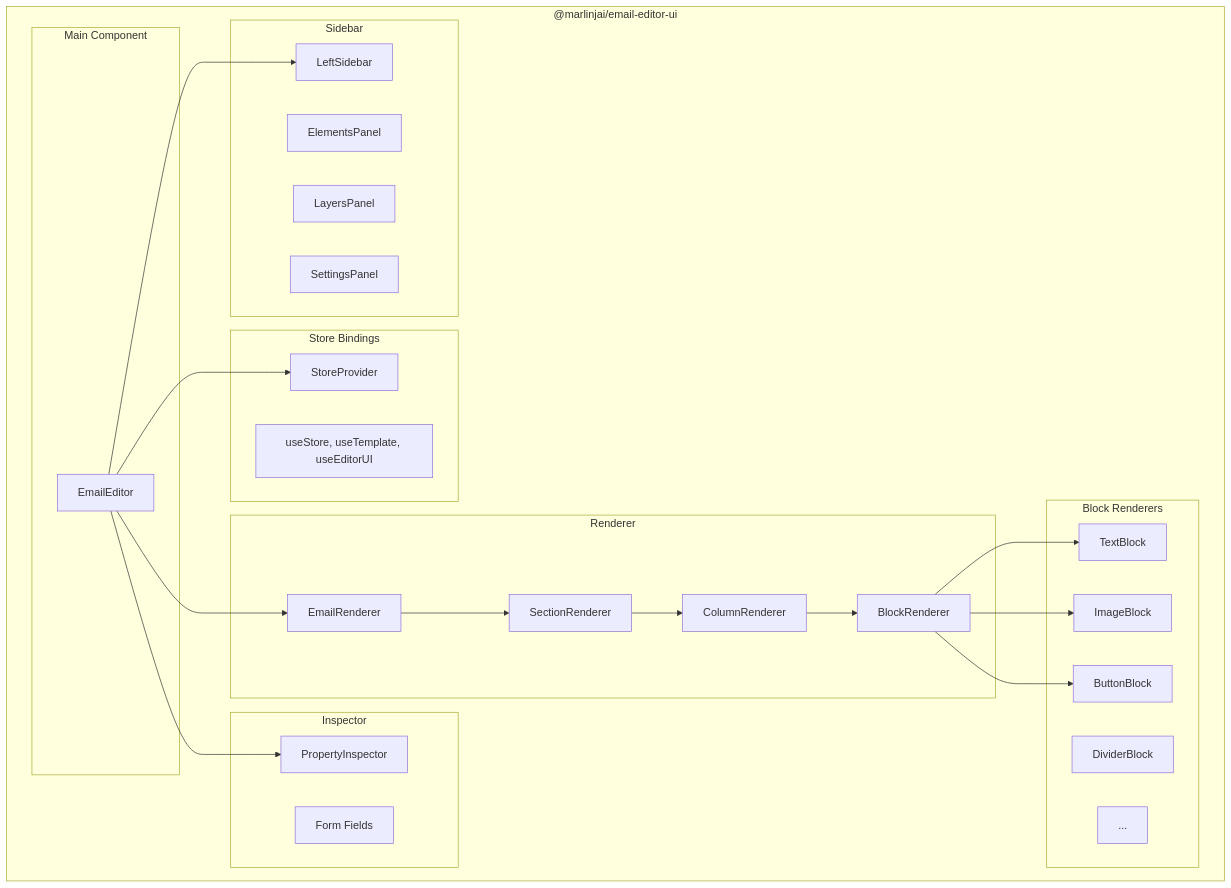
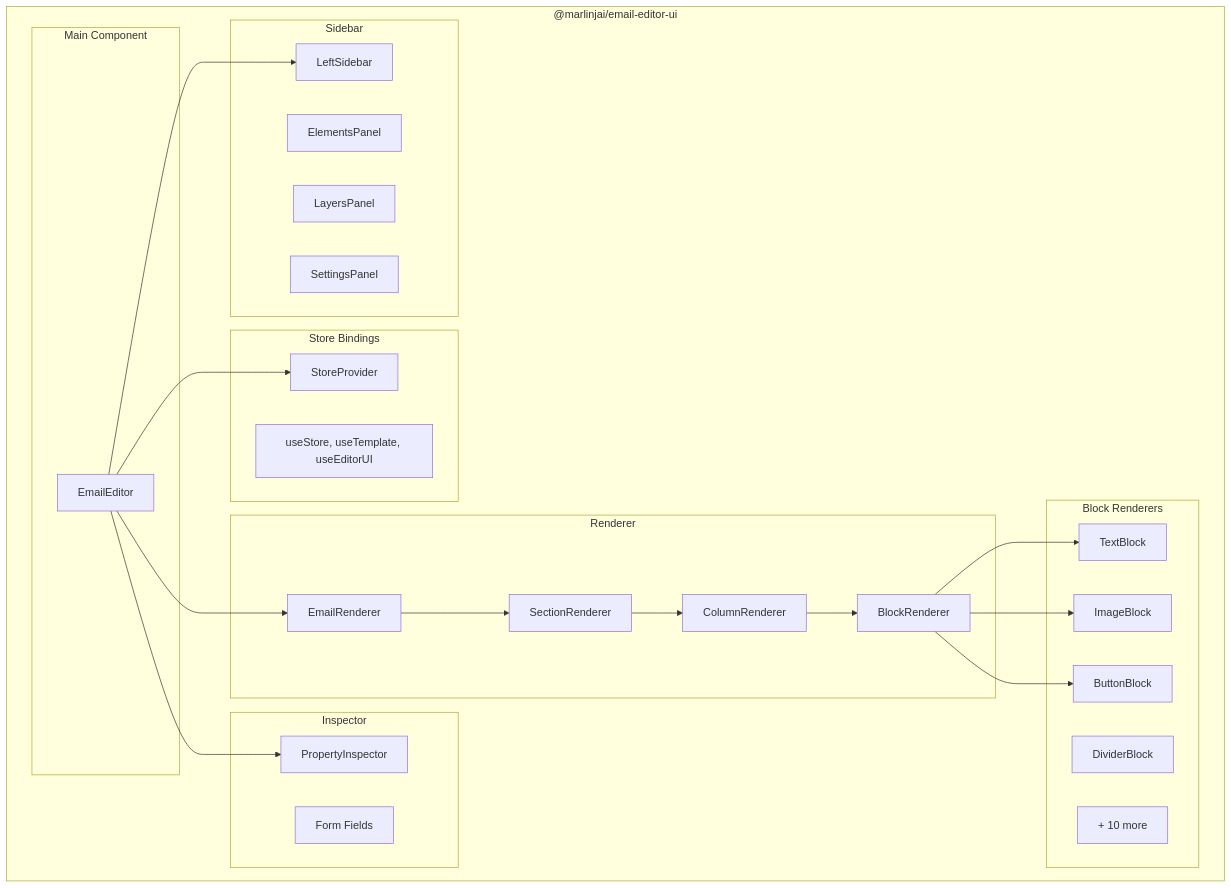
One commit to marlinjai/email-editor changed the third of 5 diagrams in docs/public/architecture.md. Above: the diagram before and after it, drawn with Mermaid. The commit also changed other lines of this file and 8 other files, not shown here.

````diff
--- a/docs/public/architecture.md
+++ b/docs/public/architecture.md
@@ -98,52 +126,52 @@
 ```mermaid
 graph TB
     subgraph "@marlinjai/email-editor-ui"
         subgraph "Main Component"
             EDITOR_COMP[EmailEditor]
         end
 
         subgraph "Store Bindings"
             PROVIDER[StoreProvider]
             HOOKS[useStore, useTemplate, useEditorUI]
         end
 
         subgraph "Renderer"
             EMAIL_RENDER[EmailRenderer]
             SECTION_RENDER[SectionRenderer]
             COLUMN_RENDER[ColumnRenderer]
             BLOCK_RENDER[BlockRenderer]
         end
 
         subgraph "Block Renderers"
             TEXT[TextBlock]
             IMAGE[ImageBlock]
             BUTTON[ButtonBlock]
             DIVIDER[DividerBlock]
-            MORE[...]
+            MORE[+ 10 more]
         end
 
         subgraph "Inspector"
             PROP_INSPECTOR[PropertyInspector]
             FIELDS[Form Fields]
         end
 
         subgraph "Sidebar"
             LEFT_SIDEBAR[LeftSidebar]
             ELEMENTS[ElementsPanel]
             LAYERS[LayersPanel]
             SETTINGS[SettingsPanel]
         end
 
         EDITOR_COMP --> PROVIDER
         EDITOR_COMP --> EMAIL_RENDER
         EDITOR_COMP --> PROP_INSPECTOR
         EDITOR_COMP --> LEFT_SIDEBAR
 
         EMAIL_RENDER --> SECTION_RENDER
         SECTION_RENDER --> COLUMN_RENDER
         COLUMN_RENDER --> BLOCK_RENDER
         BLOCK_RENDER --> TEXT
         BLOCK_RENDER --> IMAGE
         BLOCK_RENDER --> BUTTON
     end
 ```
````
